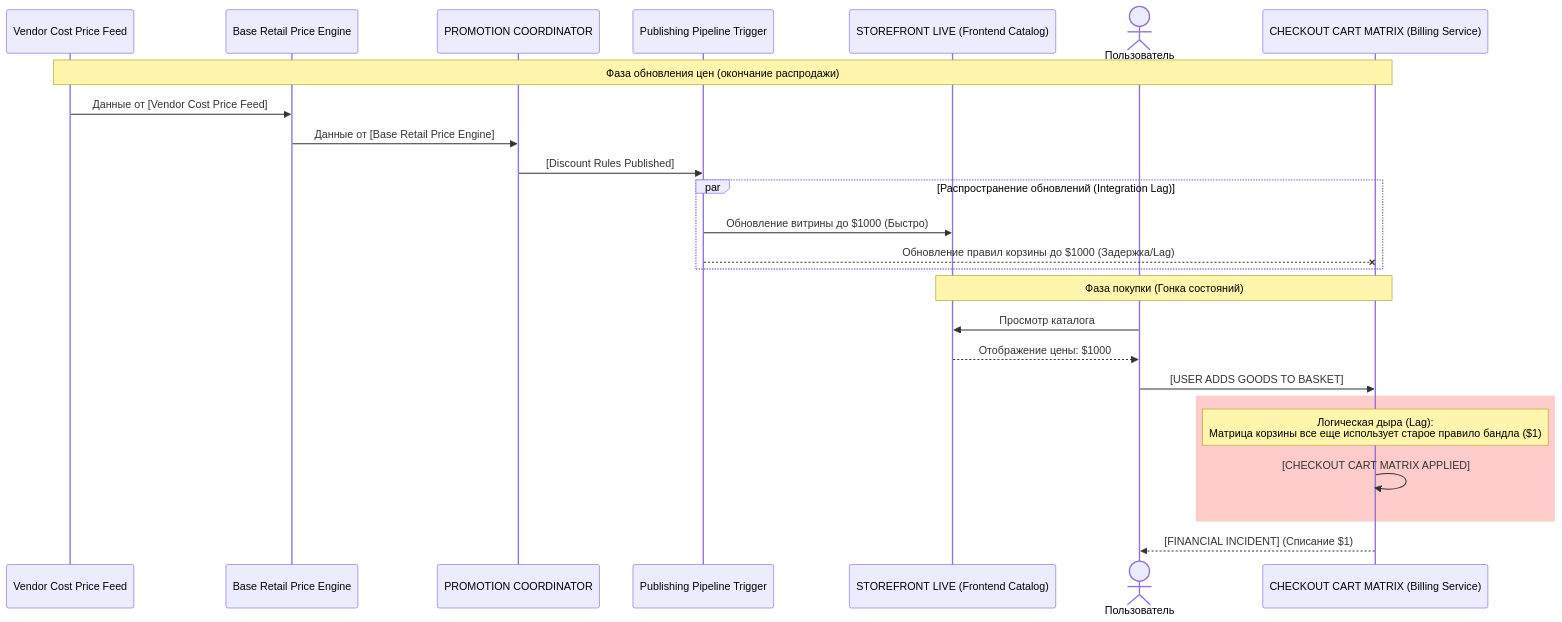
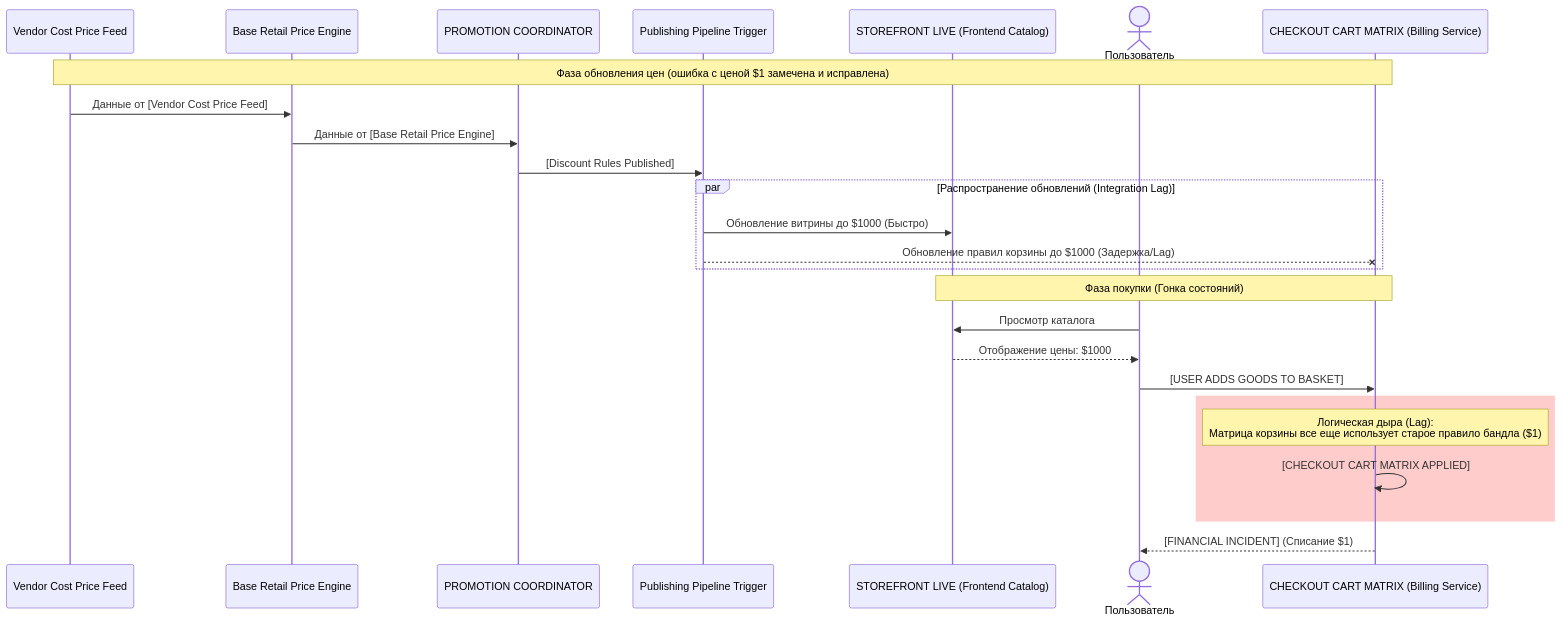
The first of 3 diagrams in README.md (Isnob/ecommerce-architecture-challenge), drawn with Mermaid before and after one commit. The commit also changed other lines of this file, not shown here.

````diff
--- a/README.md
+++ b/README.md
@@ -23,32 +23,32 @@
 ```mermaid
 sequenceDiagram
     participant Feed as Vendor Cost Price Feed
     participant Engine as Base Retail Price Engine
     participant Promo as PROMOTION COORDINATOR
     participant Pipeline as Publishing Pipeline Trigger
     participant SF as STOREFRONT LIVE (Frontend Catalog)
     actor User as Пользователь
     participant Cart as CHECKOUT CART MATRIX (Billing Service)
     
-    Note over Feed, Cart: Фаза обновления цен (окончание распродажи)
+    Note over Feed, Cart: Фаза обновления цен (ошибка с ценой $1 замечена и исправлена)
     Feed->>Engine: Данные от [Vendor Cost Price Feed]
     Engine->>Promo: Данные от [Base Retail Price Engine]
     Promo->>Pipeline: [Discount Rules Published]
     
     par Распространение обновлений (Integration Lag)
         Pipeline->>SF: Обновление витрины до $1000 (Быстро)
         Pipeline--xCart: Обновление правил корзины до $1000 (Задержка/Lag)
     end
     
     Note over SF, Cart: Фаза покупки (Гонка состояний)
     User->>SF: Просмотр каталога
     SF-->>User: Отображение цены: $1000
     User->>Cart: [USER ADDS GOODS TO BASKET]
     
     rect rgba(255, 0, 0, 0.2)
         Note over Cart: Логическая дыра (Lag):<br/>Матрица корзины все еще использует старое правило бандла ($1)
         Cart->>Cart: [CHECKOUT CART MATRIX APPLIED]
     end
     
     Cart-->>User: [FINANCIAL INCIDENT] (Списание $1)
 ```
````
